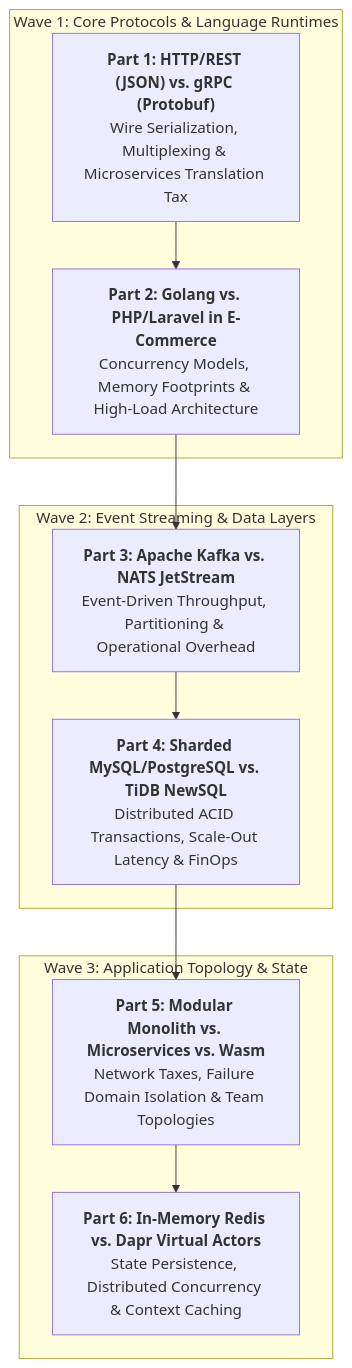
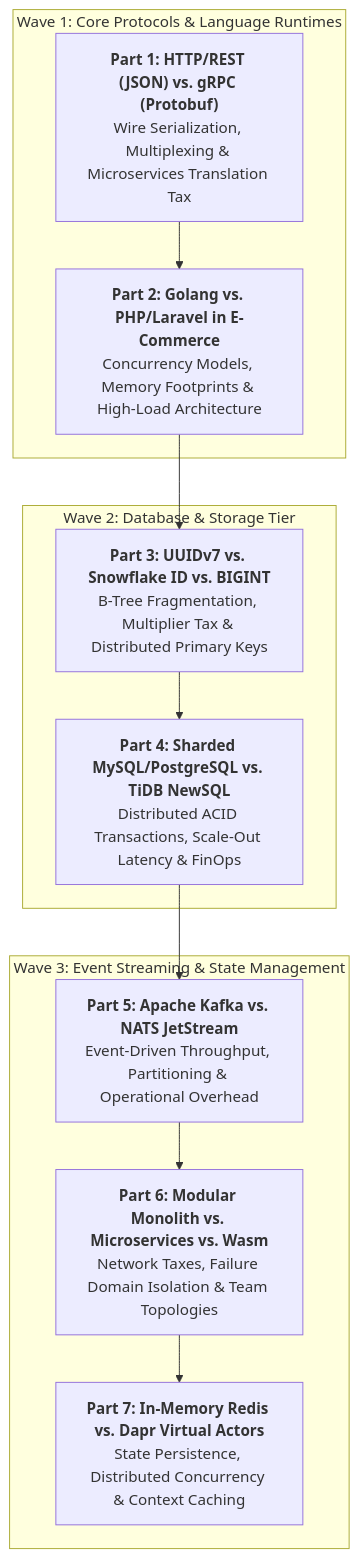
Before and after one commit to vesviet/vesviet: the diagram in content/series/architectural-tradeoffs-showdowns/_index.md, drawn with Mermaid. The commit also changed other lines of this file and 2 other files, not shown here.

First line of the commit message:
feat(series): add part 3 primary key showdown (uuidv7 vs snowflake vs bigint)

````diff
--- a/content/series/architectural-tradeoffs-showdowns/_index.md
+++ b/content/series/architectural-tradeoffs-showdowns/_index.md
@@ -37,17 +37,18 @@
 ```mermaid
 flowchart TD
     subgraph Wave1 ["Wave 1: Core Protocols & Language Runtimes"]
         P1["<b>Part 1: HTTP/REST (JSON) vs. gRPC (Protobuf)</b><br/>Wire Serialization, Multiplexing & Microservices Translation Tax"]
         P2["<b>Part 2: Golang vs. PHP/Laravel in E-Commerce</b><br/>Concurrency Models, Memory Footprints & High-Load Architecture"]
     end
-    subgraph Wave2 ["Wave 2: Event Streaming & Data Layers"]
-        P3["<b>Part 3: Apache Kafka vs. NATS JetStream</b><br/>Event-Driven Throughput, Partitioning & Operational Overhead"]
+    subgraph Wave2 ["Wave 2: Database & Storage Tier"]
+        P3["<b>Part 3: UUIDv7 vs. Snowflake ID vs. BIGINT</b><br/>B-Tree Fragmentation, Multiplier Tax & Distributed Primary Keys"]
         P4["<b>Part 4: Sharded MySQL/PostgreSQL vs. TiDB NewSQL</b><br/>Distributed ACID Transactions, Scale-Out Latency & FinOps"]
     end
-    subgraph Wave3 ["Wave 3: Application Topology & State"]
-        P5["<b>Part 5: Modular Monolith vs. Microservices vs. Wasm</b><br/>Network Taxes, Failure Domain Isolation & Team Topologies"]
-        P6["<b>Part 6: In-Memory Redis vs. Dapr Virtual Actors</b><br/>State Persistence, Distributed Concurrency & Context Caching"]
+    subgraph Wave3 ["Wave 3: Event Streaming & State Management"]
+        P5["<b>Part 5: Apache Kafka vs. NATS JetStream</b><br/>Event-Driven Throughput, Partitioning & Operational Overhead"]
+        P6["<b>Part 6: Modular Monolith vs. Microservices vs. Wasm</b><br/>Network Taxes, Failure Domain Isolation & Team Topologies"]
+        P7["<b>Part 7: In-Memory Redis vs. Dapr Virtual Actors</b><br/>State Persistence, Distributed Concurrency & Context Caching"]
     end
 
-    P1 --> P2 --> P3 --> P4 --> P5 --> P6
+    P1 --> P2 --> P3 --> P4 --> P5 --> P6 --> P7
 ```
````
